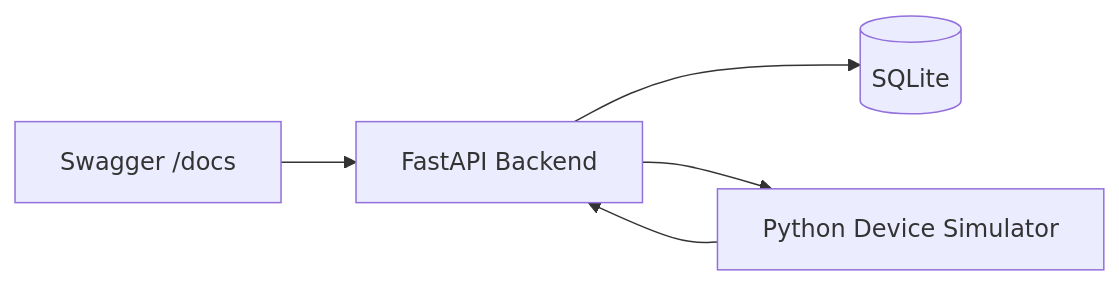
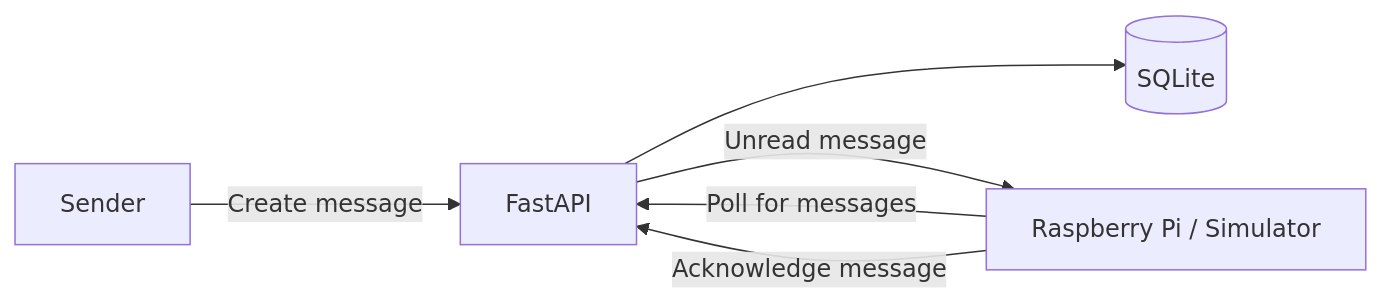
The diagram in docs/architecture.md (Biraveen99/mailbox), drawn with Mermaid before and after one commit. The commit also changed other lines of this file and 4 other files, not shown here.

````diff
--- a/docs/architecture.md
+++ b/docs/architecture.md
@@ -300,12 +7,8 @@
 ```mermaid
 flowchart LR
-    Swagger[Swagger /docs]
-        --> API[FastAPI Backend]
-
+    Sender[Sender] -->|Create message| API[FastAPI]
     API --> DB[(SQLite)]
-
-    Simulator[Python Device Simulator]
-        --> API
-
-    API --> Simulator
+    Device[Raspberry Pi / Simulator] -->|Poll for messages| API
+    API -->|Unread message| Device
+    Device -->|Acknowledge message| API
 ```
````
